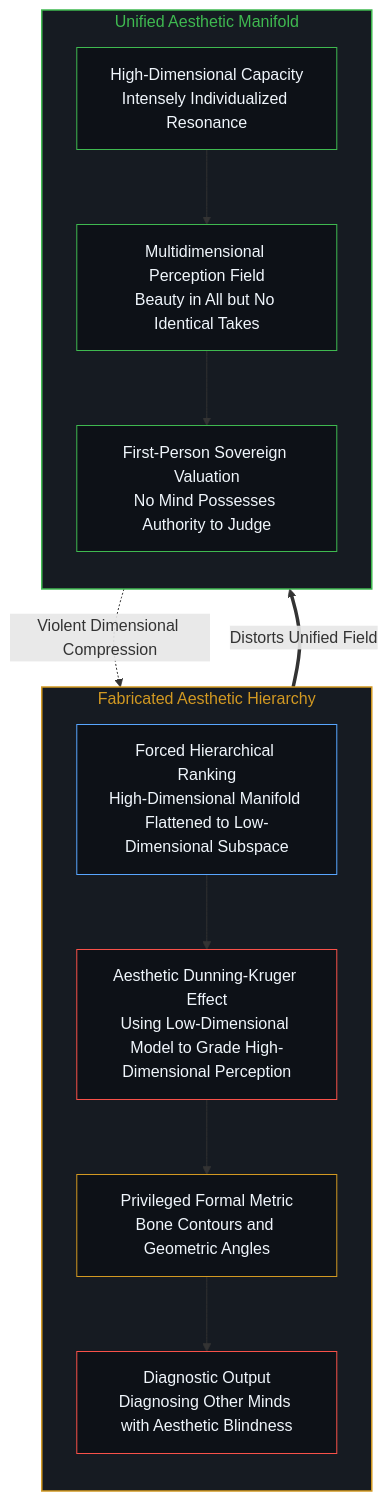
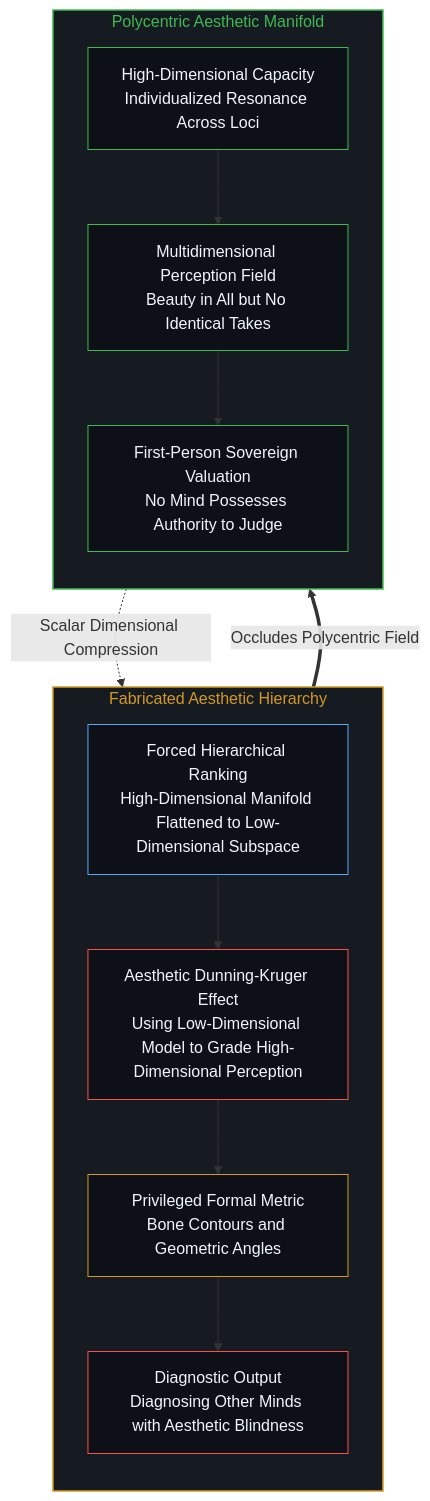
The fourth of 8 diagrams in content/posts/the-self-portrait-in-the-projection.md (powerpig99/not-a-toe), drawn with Mermaid before and after one commit. The commit also changed other lines of this file and 7 other files, not shown here.

````diff
--- a/content/posts/the-self-portrait-in-the-projection.md
+++ b/content/posts/the-self-portrait-in-the-projection.md
@@ -113,31 +113,31 @@
 ```mermaid
 flowchart TD
   subgraph S_HIER["Fabricated Aesthetic Hierarchy"]
     direction TB
     H_PROJ["Forced Hierarchical Ranking<br/>High-Dimensional Manifold Flattened to Low-Dimensional Subspace"]
     H_DK["Aesthetic Dunning-Kruger Effect<br/>Using Low-Dimensional Model to Grade High-Dimensional Perception"]
     H_HIGH["Privileged Formal Metric<br/>Bone Contours and Geometric Angles"]
     H_STIGMA["Diagnostic Output<br/>Diagnosing Other Minds with Aesthetic Blindness"]
   end
-  subgraph S_LOCUS["Unified Aesthetic Manifold"]
+  subgraph S_LOCUS["Polycentric Aesthetic Manifold"]
     direction TB
-    L_HIGH["High-Dimensional Capacity<br/>Intensely Individualized Resonance"]
+    L_HIGH["High-Dimensional Capacity<br/>Individualized Resonance Across Loci"]
     L_FIELD["Multidimensional Perception Field<br/>Beauty in All but No Identical Takes"]
     L_SOV["First-Person Sovereign Valuation<br/>No Mind Possesses Authority to Judge"]
   end
-  L_HIGH -.->|"Violent Dimensional Compression"| H_PROJ
+  L_HIGH -.->|"Scalar Dimensional Compression"| H_PROJ
   H_PROJ --> H_DK
   H_DK --> H_HIGH
   H_HIGH --> H_STIGMA
   L_HIGH --> L_FIELD --> L_SOV
-  H_STIGMA ==>|"Distorts Unified Field"| L_FIELD
+  H_STIGMA ==>|"Occludes Polycentric Field"| L_FIELD
   style S_HIER fill:#161b22,stroke:#d29922,stroke-width:1.5px,color:#d29922
   style S_LOCUS fill:#161b22,stroke:#3fb950,stroke-width:1.5px,color:#3fb950
   style H_PROJ fill:#0d1117,stroke:#58a6ff,stroke-width:1px,color:#f0f6fc
   style H_DK fill:#0d1117,stroke:#f85149,stroke-width:1px,color:#f0f6fc
   style H_HIGH fill:#0d1117,stroke:#d29922,stroke-width:1px,color:#f0f6fc
   style H_STIGMA fill:#0d1117,stroke:#f85149,stroke-width:1px,color:#f0f6fc
   style L_HIGH fill:#0d1117,stroke:#3fb950,stroke-width:1px,color:#f0f6fc
   style L_FIELD fill:#0d1117,stroke:#3fb950,stroke-width:1px,color:#f0f6fc
   style L_SOV fill:#0d1117,stroke:#3fb950,stroke-width:1px,color:#f0f6fc
 ```
````
